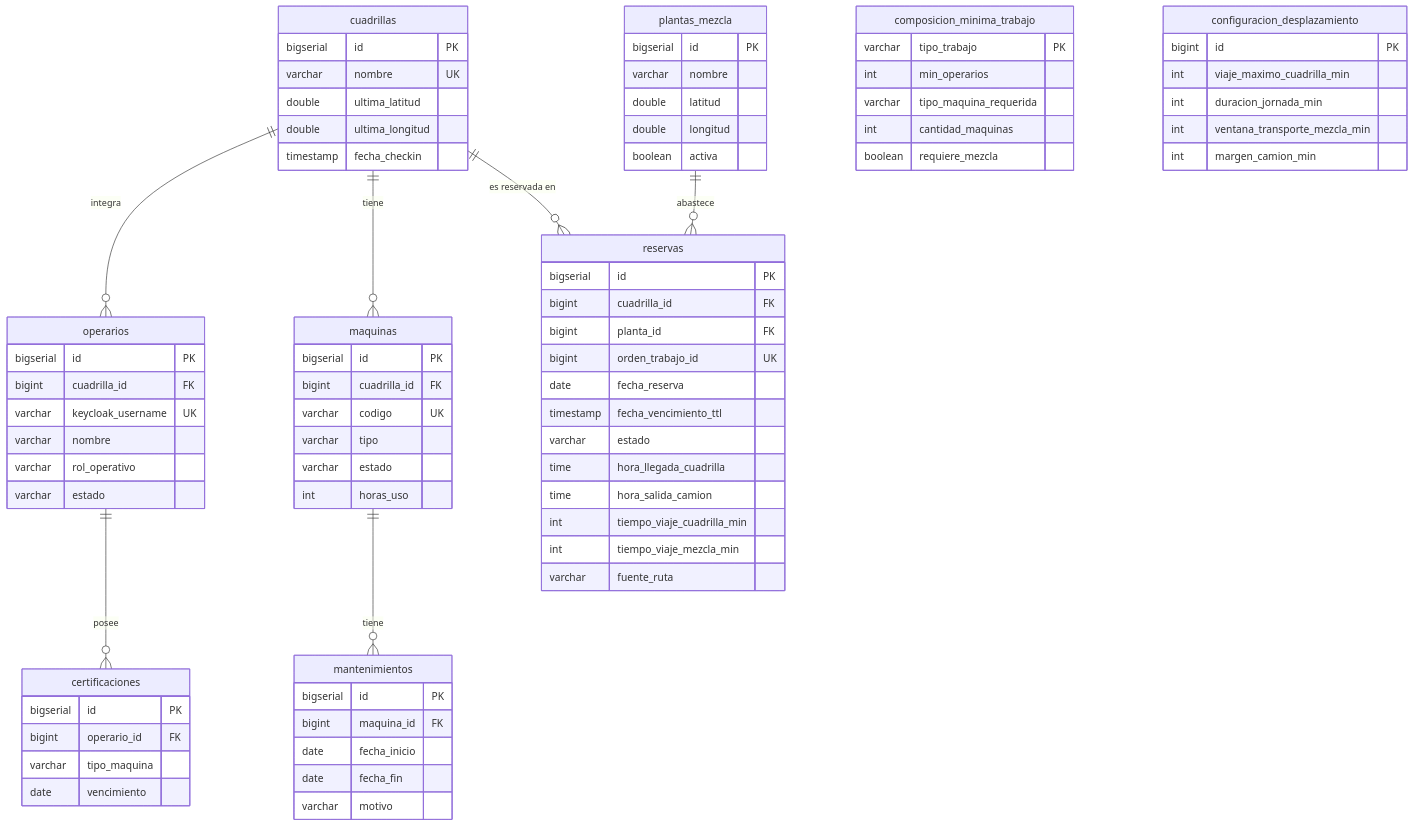
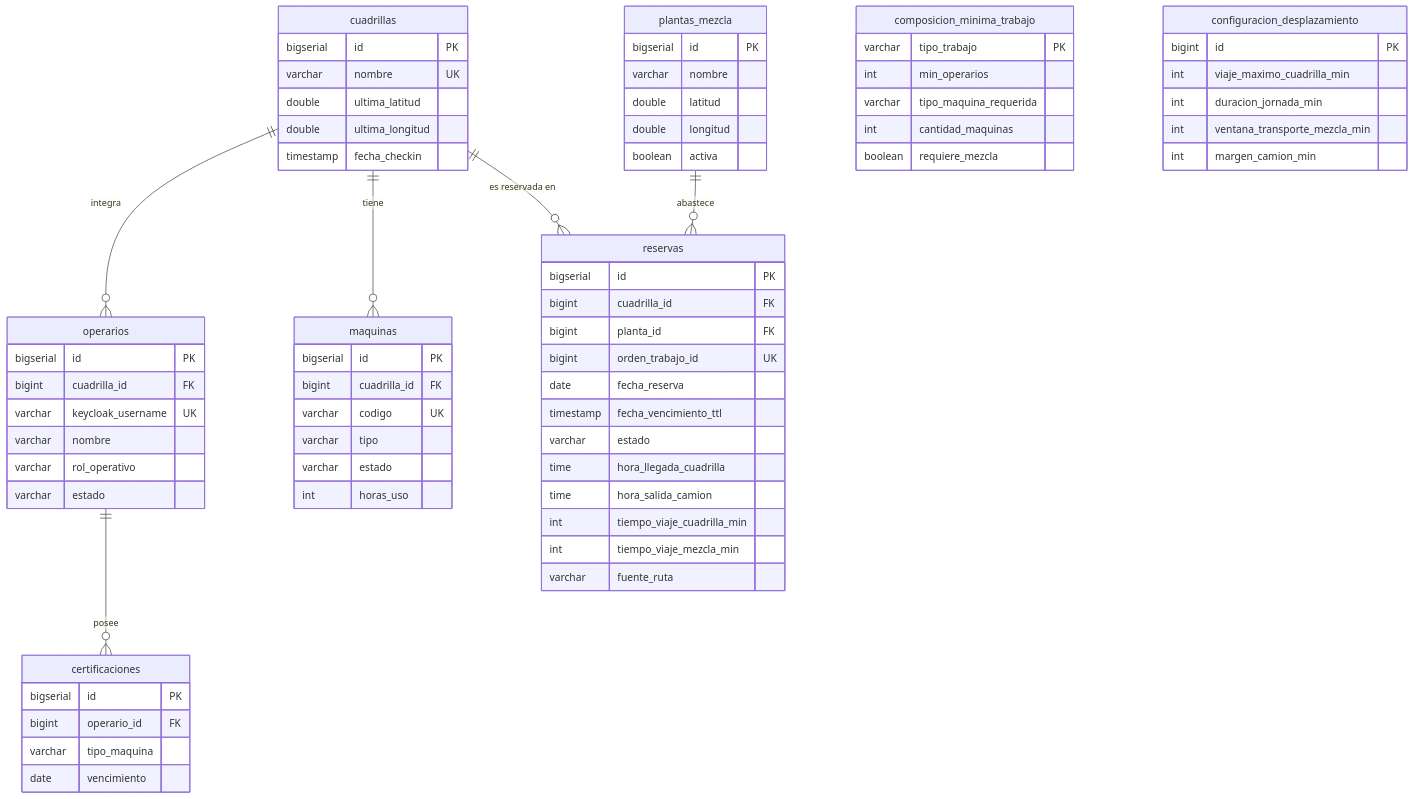
The fourth of 6 diagrams in docs/arquitectura.md (nietofede/tp_obrasViales), drawn with Mermaid before and after one commit. The commit also changed other lines of this file and 14 other files, not shown here.

````diff
--- a/docs/arquitectura.md
+++ b/docs/arquitectura.md
@@ -120,81 +116,73 @@
 ```mermaid
 erDiagram
     cuadrillas ||--o{ operarios : integra
     cuadrillas ||--o{ maquinas : tiene
     operarios ||--o{ certificaciones : posee
-    maquinas ||--o{ mantenimientos : tiene
     cuadrillas ||--o{ reservas : "es reservada en"
     plantas_mezcla ||--o{ reservas : "abastece"
 
     cuadrillas {
         bigserial id PK
         varchar nombre UK
         double ultima_latitud
         double ultima_longitud
         timestamp fecha_checkin
     }
     operarios {
         bigserial id PK
         bigint cuadrilla_id FK
         varchar keycloak_username UK
         varchar nombre
         varchar rol_operativo
         varchar estado
     }
     certificaciones {
         bigserial id PK
         bigint operario_id FK
         varchar tipo_maquina
         date vencimiento
     }
     maquinas {
         bigserial id PK
         bigint cuadrilla_id FK
         varchar codigo UK
         varchar tipo
         varchar estado
         int horas_uso
-    }
-    mantenimientos {
-        bigserial id PK
-        bigint maquina_id FK
-        date fecha_inicio
-        date fecha_fin
-        varchar motivo
     }
     plantas_mezcla {
         bigserial id PK
         varchar nombre
         double latitud
         double longitud
         boolean activa
     }
     reservas {
         bigserial id PK
         bigint cuadrilla_id FK
         bigint planta_id FK
         bigint orden_trabajo_id UK
         date fecha_reserva
         timestamp fecha_vencimiento_ttl
         varchar estado
         time hora_llegada_cuadrilla
         time hora_salida_camion
         int tiempo_viaje_cuadrilla_min
         int tiempo_viaje_mezcla_min
         varchar fuente_ruta
     }
     composicion_minima_trabajo {
         varchar tipo_trabajo PK
         int min_operarios
         varchar tipo_maquina_requerida
         int cantidad_maquinas
         boolean requiere_mezcla
     }
     configuracion_desplazamiento {
         bigint id PK
         int viaje_maximo_cuadrilla_min
         int duracion_jornada_min
         int ventana_transporte_mezcla_min
         int margen_camion_min
     }
 ```
````
